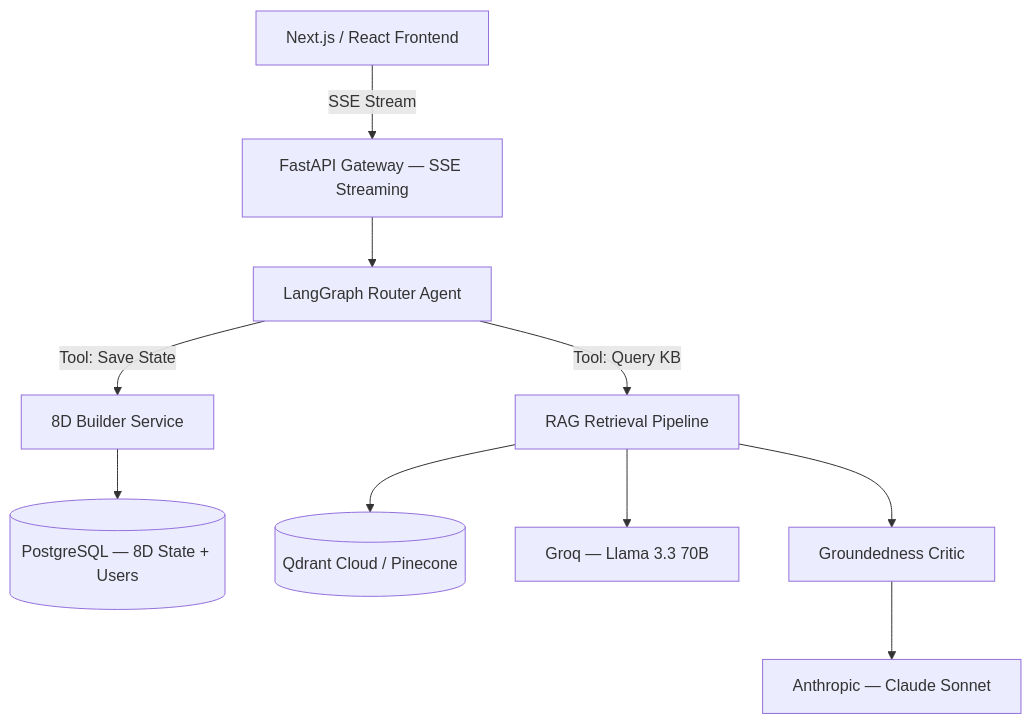
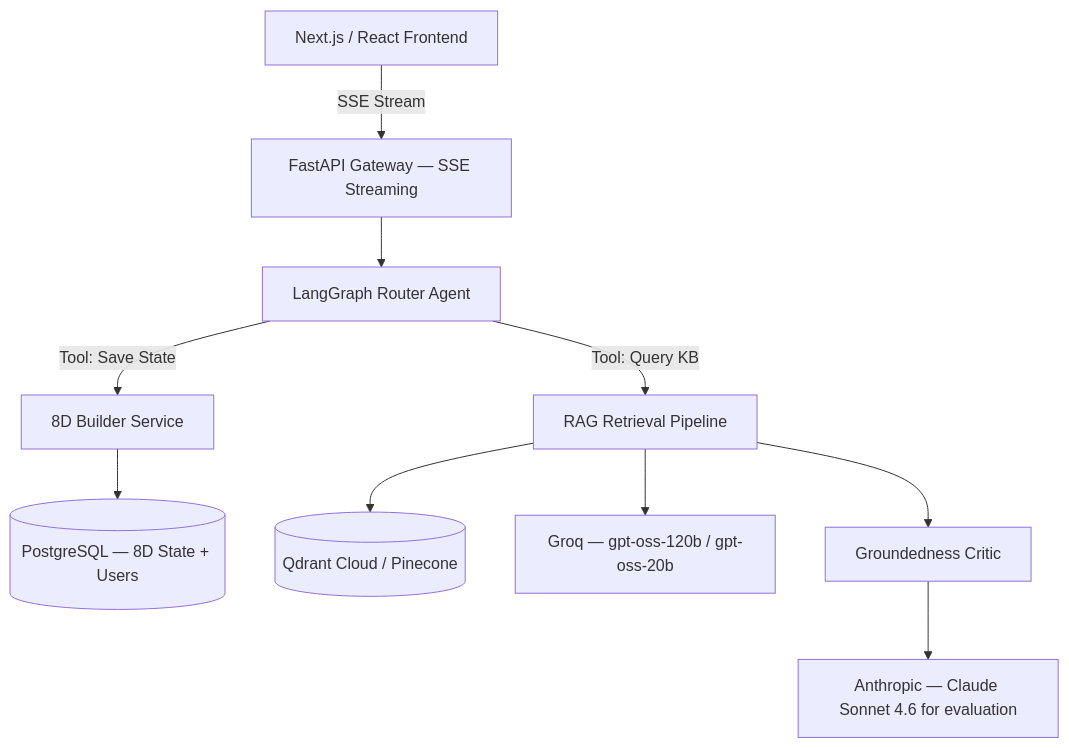
The diagram in PRODUCTION_ARCHITECTURE.md (kolmag/capa-8d-expert), drawn with Mermaid before and after one commit. The commit also changed other lines of this file and 4 other files, not shown here.

````diff
--- a/PRODUCTION_ARCHITECTURE.md
+++ b/PRODUCTION_ARCHITECTURE.md
@@ -30,23 +30,23 @@
 ```mermaid
 graph TD
     Client[Next.js / React Frontend]
     API[FastAPI Gateway — SSE Streaming]
     Router[LangGraph Router Agent]
     Builder[8D Builder Service]
     RAG[RAG Retrieval Pipeline]
     Critic[Groundedness Critic]
     Postgres[(PostgreSQL — 8D State + Users)]
     VectorDB[(Qdrant Cloud / Pinecone)]
-    Groq[Groq — Llama 3.3 70B]
-    Anthropic[Anthropic — Claude Sonnet]
+    Groq[Groq — gpt-oss-120b / gpt-oss-20b]
+    Anthropic[Anthropic — Claude Sonnet 4.6 for evaluation]
 
     Client -- SSE Stream --> API
     API --> Router
     Router -- Tool: Save State --> Builder
     Router -- Tool: Query KB --> RAG
     Builder --> Postgres
     RAG --> VectorDB
     RAG --> Groq
     RAG --> Critic
     Critic --> Anthropic
 ```
````
